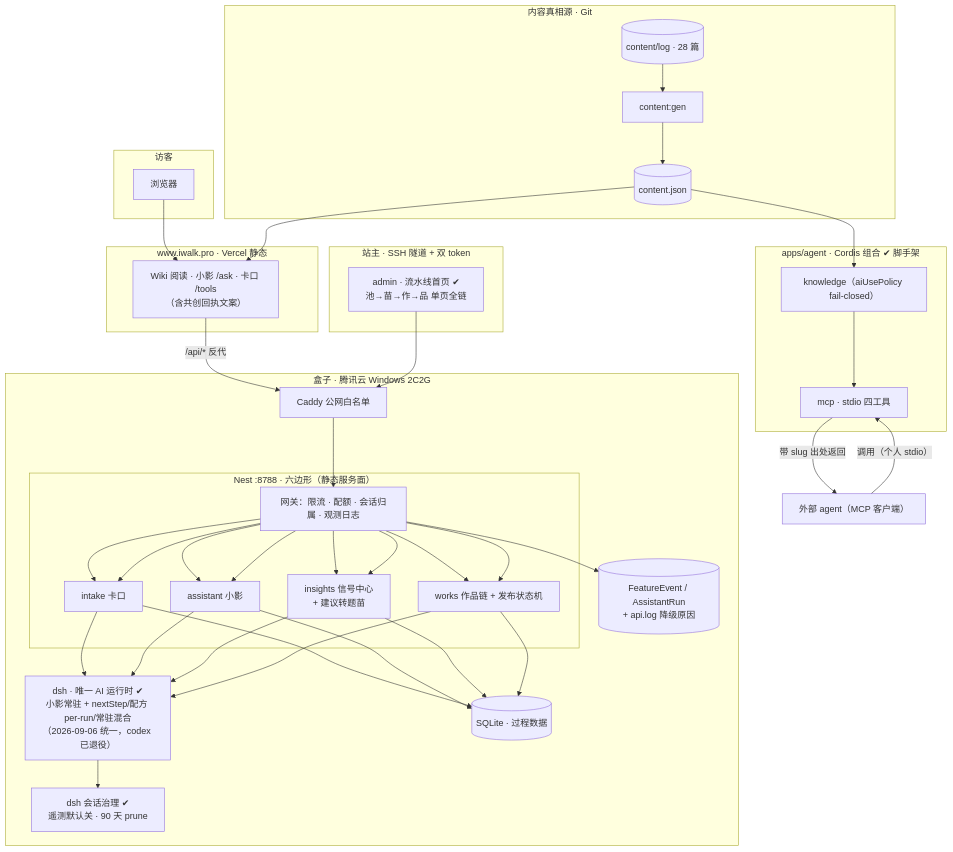
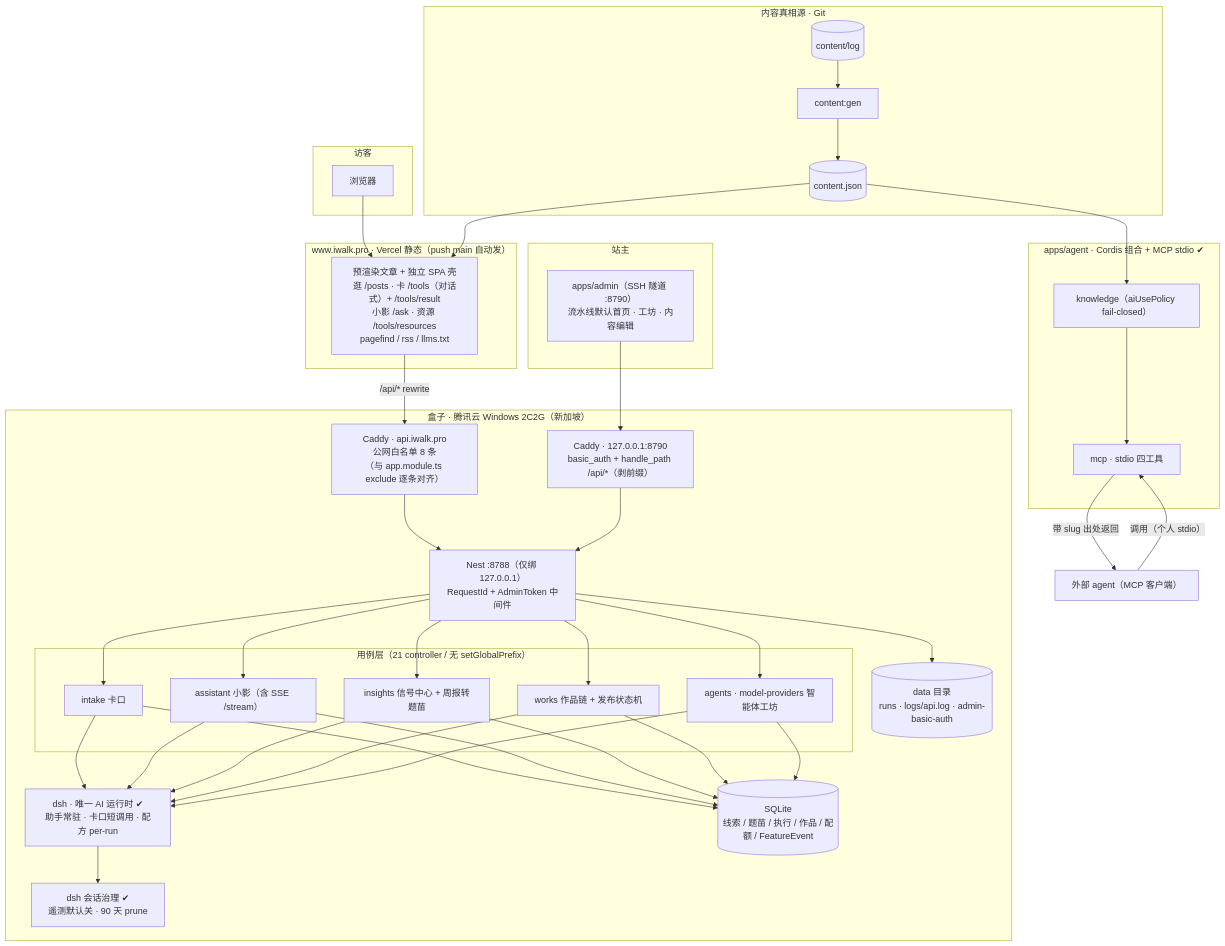
The first of 4 diagrams in docs/ARCHITECTURE.md (AdgaiWalker/AdgaiWalker), drawn with Mermaid before and after one commit. The commit also changed other lines of this file and 252 other files, not shown here.

First line of the commit message:
feat(tools,observability,agent): 卡口对话化、观测三标签、判断代理埋点接线

````diff
--- a/docs/ARCHITECTURE.md
+++ b/docs/ARCHITECTURE.md
@@ -9,55 +11,57 @@
 ```mermaid
 flowchart TB
-    subgraph visitors["访客"]
-        V1["浏览器"]
+    subgraph visitor["访客"]
+        VB["浏览器"]
     end
 
-    subgraph vercel["www.iwalk.pro · Vercel 静态"]
-        WEB["Wiki 阅读 · 小影 /ask · 卡口 /tools<br/>（含共创回执文案）"]
+    subgraph vercel["www.iwalk.pro · Vercel 静态（push main 自动发）"]
+        WEB["预渲染文章 + 独立 SPA 壳<br/>逛 /posts · 卡 /tools（对话式）+ /tools/result<br/>小影 /ask · 资源 /tools/resources<br/>pagefind / rss / llms.txt"]
     end
 
-    subgraph box["盒子 · 腾讯云 Windows 2C2G"]
-        CADDY["Caddy 公网白名单"]
-        subgraph nest["Nest :8788 · 六边形（静态服务面）"]
-            GATE["网关：限流 · 配额 · 会话归属 · 观测日志"]
+    subgraph box["盒子 · 腾讯云 Windows 2C2G（新加坡）"]
+        CPUB["Caddy · api.iwalk.pro<br/>公网白名单 8 条<br/>（与 app.module.ts exclude 逐条对齐）"]
+        CADM["Caddy · 127.0.0.1:8790<br/>basic_auth + handle_path /api/*（剥前缀）"]
+        NEST["Nest :8788（仅绑 127.0.0.1）<br/>RequestId + AdminToken 中间件"]
+        subgraph usc["用例层（21 controller / 无 setGlobalPrefix）"]
             INTAKE["intake 卡口"]
-            ASSIST["assistant 小影"]
-            INSIGHT["insights 信号中心<br/>+ 建议转题苗"]
-            PIPEAPI["works 作品链 + 发布状态机"]
+            ASSIST["assistant 小影（含 SSE /stream）"]
+            INSIGHT["insights 信号中心 + 周报转题苗"]
+            PIPE["works 作品链 + 发布状态机"]
+            WORKSHOP["agents · model-providers 智能体工坊"]
         end
-        DSH["dsh · 唯一 AI 运行时 ✔<br/>小影常驻 + nextStep/配方 per-run/常驻混合<br/>（2026-09-06 统一，codex 已退役）"]
-        DB[("SQLite · 过程数据")]
-        EV[("FeatureEvent / AssistantRun<br/>+ api.log 降级原因")]
+        DSH["dsh · 唯一 AI 运行时 ✔<br/>助手常驻 · 卡口短调用 · 配方 per-run"]
         GOV["dsh 会话治理 ✔<br/>遥测默认关 · 90 天 prune"]
+        DB[("SQLite<br/>线索 / 题苗 / 执行 / 作品 / 配额 / FeatureEvent")]
+        DSKDATA[("data 目录<br/>runs · logs/api.log · admin-basic-auth")]
     end
 
-    subgraph owner["站主 · SSH 隧道 + 双 token"]
-        ADMIN["admin · 流水线首页 ✔<br/>池→苗→作→品 单页全链"]
+    subgraph owner["站主"]
+        ADMIN["apps/admin（SSH 隧道 :8790）<br/>流水线默认首页 · 工坊 · 内容编辑"]
     end
 
     subgraph gitc["内容真相源 · Git"]
-        LOG[("content/log · 28 篇")]
+        LOG[("content/log")]
         GEN["content:gen"]
         CJ[("content.json")]
     end
 
-    subgraph agentx["apps/agent · Cordis 组合 ✔ 脚手架"]
+    subgraph agentx["apps/agent · Cordis 组合 + MCP stdio ✔"]
         K["knowledge（aiUsePolicy fail-closed）"]
         M["mcp · stdio 四工具"]
     end
 
     EXT["外部 agent（MCP 客户端）"]
 
-    V1 --> WEB
-    WEB -->|"/api/* 反代"| CADDY --> GATE
-    ADMIN --> CADDY
-    GATE --> INTAKE & ASSIST & INSIGHT & PIPEAPI
-    INTAKE & ASSIST & INSIGHT & PIPEAPI --> DSH
-    GATE --> INTAKE & ASSIST & INSIGHT & PIPEAPI --> DB
-    GATE --> EV
+    VB --> WEB
+    WEB -->|"/api/* rewrite"| CPUB --> NEST
+    ADMIN --> CADM --> NEST
+    NEST --> INTAKE & ASSIST & INSIGHT & PIPE & WORKSHOP
+    INTAKE & ASSIST & INSIGHT & PIPE & WORKSHOP --> DSH
+    INTAKE & ASSIST & INSIGHT & PIPE & WORKSHOP --> DB
+    NEST --> DSKDATA
     DSH --> GOV
     LOG --> GEN --> CJ --> WEB
     CJ --> K --> M
     EXT -->|"调用（个人 stdio）"| M
     M -->|"带 slug 出处返回"| EXT
 ```
````
